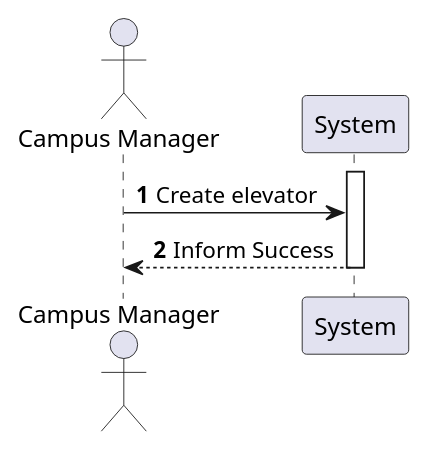
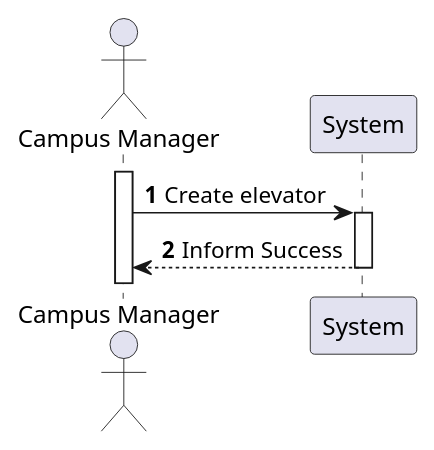
The diagram in Visualization/docs/US_1130/Diagrams/Level1/ProcessView.puml (Pedro-Pereira1/sem5pi_23_24_g056_Visualization), drawn with PlantUML before and after one commit. The commit also changed 2 other files, not shown here.

Commit message:
Corrected process view level 1

```diff
--- a/Visualization/docs/US_1130/Diagrams/Level1/ProcessView.puml
+++ b/Visualization/docs/US_1130/Diagrams/Level1/ProcessView.puml
@@ -1,13 +1,14 @@
-@startuml
+@startuml ProcessView
 'https://plantuml.com/sequence-diagram
 
 autonumber
 actor "Campus Manager" as CM
 
 
+activate CM
+CM -> System: Create elevator 
 activate System
-CM -> System: Create elevator 
 CM <-- System: Inform Success
 deactivate System
 
 @enduml
```
